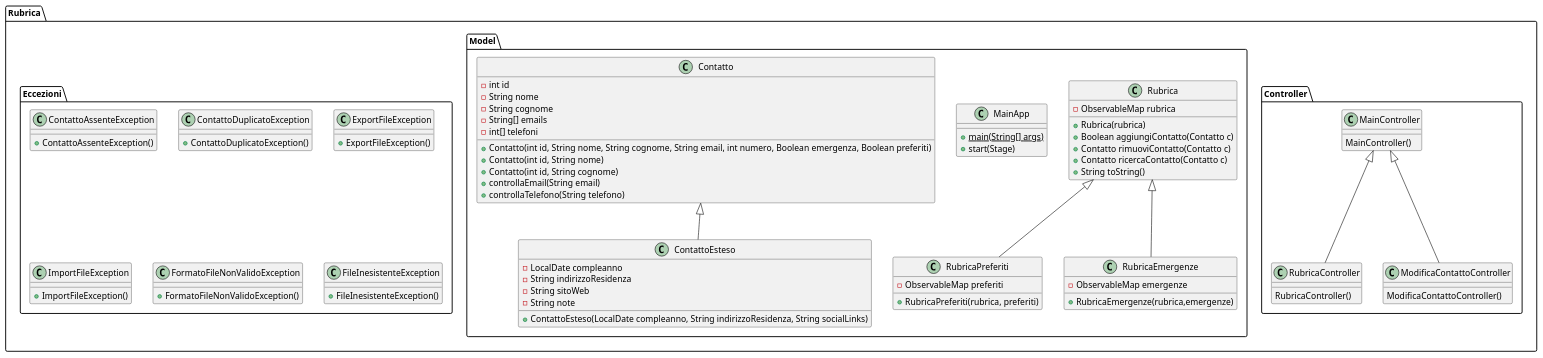
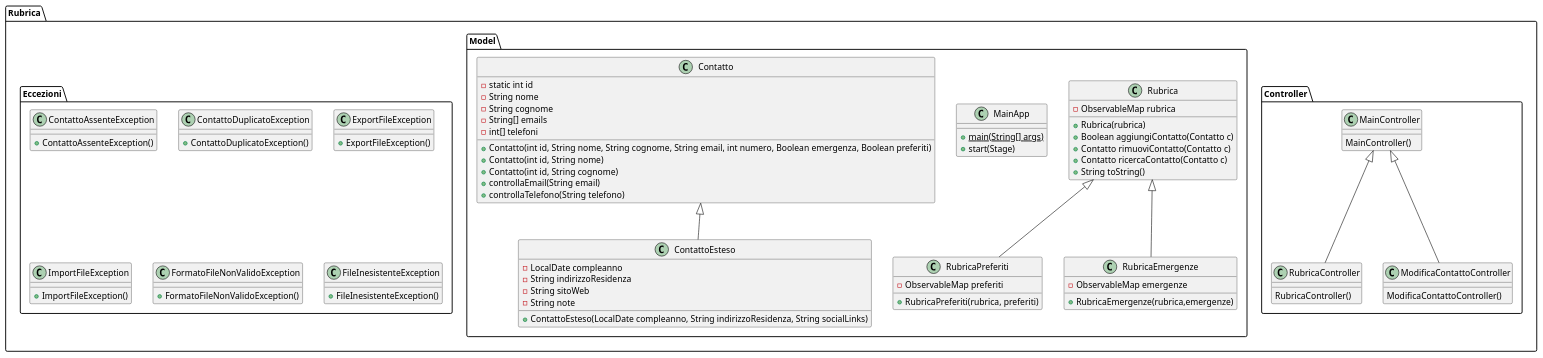
The diagram in docs/bozze/Diagrammi/Classi2/DiagrammiClassi.puml (emanueletocci/uni-swe-project), drawn with PlantUML before and after one commit. The commit also changed 3 other files, not shown here.

```diff
--- a/docs/bozze/Diagrammi/Classi2/DiagrammiClassi.puml
+++ b/docs/bozze/Diagrammi/Classi2/DiagrammiClassi.puml
@@ -1,85 +1,85 @@
 @startuml
 package Rubrica {
     package Controller{
         class MainController{
             MainController()
         }
         class RubricaController{
             RubricaController()
         }
         class ModificaContattoController{
             ModificaContattoController()
         }
         MainController <|-- RubricaController
         MainController <|-- ModificaContattoController
     }
     package Model{
         class Rubrica{
             - ObservableMap rubrica
             + Rubrica(rubrica)
             + Boolean aggiungiContatto(Contatto c)
             + Contatto rimuoviContatto(Contatto c)
             + Contatto ricercaContatto(Contatto c)
             + String toString()
         }
         class RubricaPreferiti{
             - ObservableMap preferiti
             + RubricaPreferiti(rubrica, preferiti)
         }
         class RubricaEmergenze{
             - ObservableMap emergenze
             + RubricaEmergenze(rubrica,emergenze)
         }
         class MainApp {
             + {static} main(String[] args)
             + start(Stage)
         }
 
         class Contatto{
-            - int id
+            - static int id
             - String nome
             - String cognome
             - String[] emails
             - int[] telefoni
             + Contatto(int id, String nome, String cognome, String email, int numero, Boolean emergenza, Boolean preferiti)
             + Contatto(int id, String nome)
             + Contatto(int id, String cognome)
             + controllaEmail(String email)
             + controllaTelefono(String telefono)
         }
         class ContattoEsteso {
             - LocalDate compleanno
             - String indirizzoResidenza
             - String sitoWeb
             - String note
             + ContattoEsteso(LocalDate compleanno, String indirizzoResidenza, String socialLinks)
 
         }
         Contatto <|-- ContattoEsteso
         Rubrica <|-- RubricaEmergenze
         Rubrica <|-- RubricaPreferiti
 
     }
 
   package Eccezioni {
     class ContattoAssenteException{
       + ContattoAssenteException()
     }
     class ContattoDuplicatoException{
       + ContattoDuplicatoException()
     }
     class ExportFileException{
       + ExportFileException()
     }
     class ImportFileException{
       + ImportFileException()
     }
     class FormatoFileNonValidoException{
         + FormatoFileNonValidoException()
     }
     class FileInesistenteException{
         + FileInesistenteException()
     }
   }
 }
 @enduml
```
